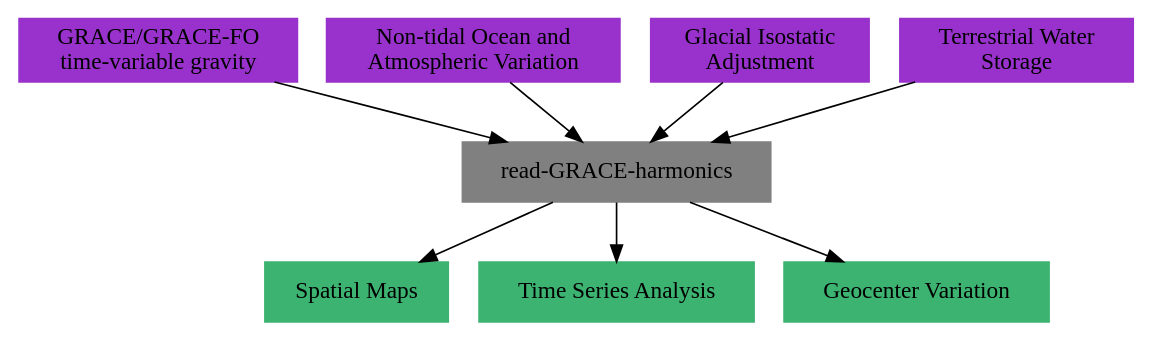
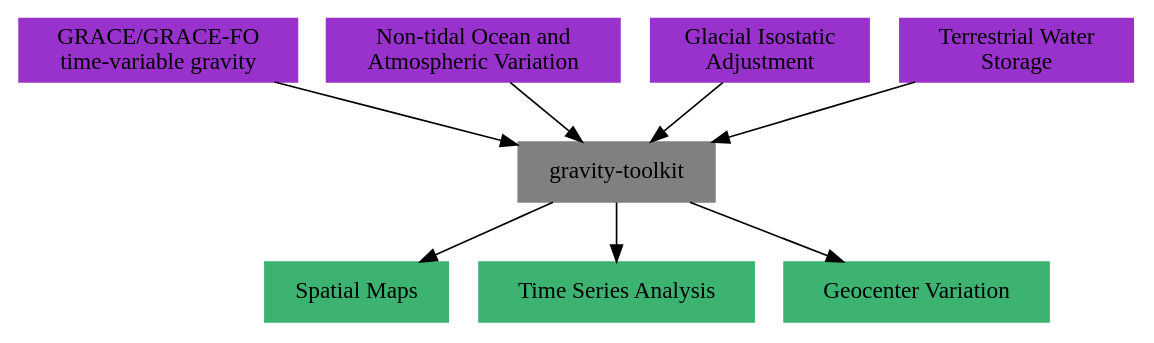
Before and after one commit to tsutterley/gravity-toolkit: the diagram in doc/source/getting_started/Background.rst, drawn with Graphviz. The commit also changed other lines of this file and 85 other files, not shown here.

```diff
--- a/doc/source/getting_started/Background.rst
+++ b/doc/source/getting_started/Background.rst
@@ -18,24 +18,24 @@
 .. graphviz::
     :caption: Data Processing Framework
     :align: center
 
     digraph {
         G [label="GRACE/GRACE-FO\ntime-variable gravity" shape=box style="filled" color="darkorchid"]
         A [label="Non-tidal Ocean and\nAtmospheric Variation" shape=box style="filled" color="darkorchid"]
         I [label="Glacial Isostatic\nAdjustment" shape=box style="filled" color="darkorchid"]
         W [label="Terrestrial Water\nStorage" shape=box style="filled" color="darkorchid"]
-        R [label="read-GRACE-harmonics" shape=box style="filled" color="gray"]
+        R [label="gravity-toolkit" shape=box style="filled" color="gray"]
         S [label="Spatial Maps" shape=box style="filled" color="mediumseagreen"
             URL="Spatial-Maps.html"]
         T [label="Time Series Analysis" shape=box style="filled" color="mediumseagreen"
             URL="Time-Series-Analysis.html"]
         D [label="Geocenter Variation" shape=box style="filled" color="mediumseagreen"
             URL="Geocenter-Variations.html"]
         G -> R
         A -> R
         I -> R
         W -> R
         R -> S
         R -> T
         R -> D
     }
```
